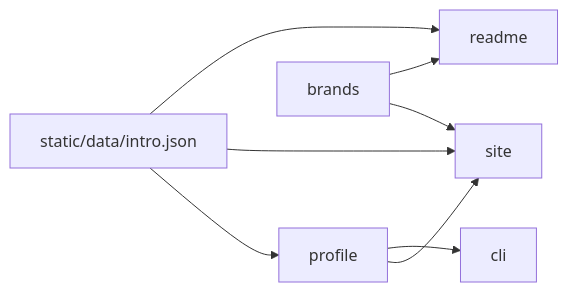
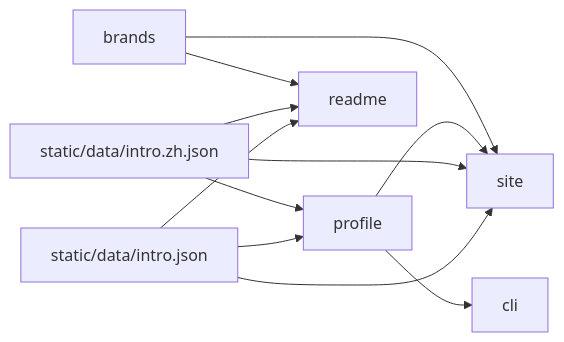
Before and after one commit to heyq02/heyq02: the diagram in architecture.md, drawn with Mermaid. The commit also changed other lines of this file and 6 other files, not shown here.

````diff
--- a/architecture.md
+++ b/architecture.md
@@ -17,16 +17,20 @@
 ```mermaid
 flowchart LR
   json["static/data/intro.json"]
+  zh["static/data/intro.zh.json"]
   profile["profile"]
   brands["brands"]
   site["site"]
   cli["cli"]
   readme["readme"]
   json --> profile
+  zh --> profile
   json --> site
+  zh --> site
   json --> readme
+  zh --> readme
   profile --> site
   profile --> cli
   brands --> site
   brands --> readme
 ```
````
